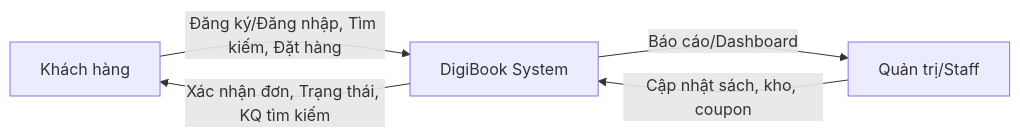
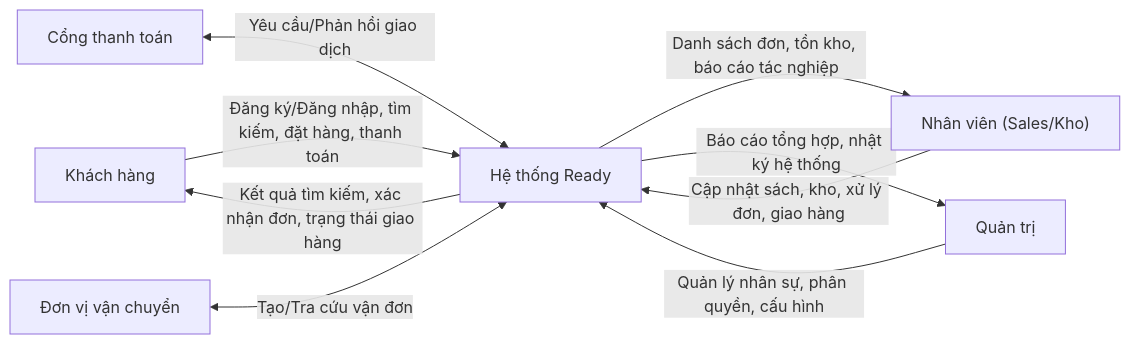
One commit to TienxDun/Oracle_DigiBook changed the third of 4 diagrams in CHUONG_3_Phan_tich_he_thong.md. Above: the diagram before and after it, drawn with Mermaid. The commit also changed other lines of this file and 3 other files, not shown here.

````diff
--- a/CHUONG_3_Phan_tich_he_thong.md
+++ b/CHUONG_3_Phan_tich_he_thong.md
@@ -168,8 +165,14 @@
 ```mermaid
 flowchart LR
-  KH["Khách hàng"] -->|"Đăng ký/Đăng nhập, Tìm kiếm, Đặt hàng"| SYS["DigiBook System"]
-  SYS -->|"Xác nhận đơn, Trạng thái, KQ tìm kiếm"| KH
+  KH["Khách hàng"] -->|"Đăng ký/Đăng nhập, tìm kiếm, đặt hàng, thanh toán"| SYS["Hệ thống Ready"]
+  SYS -->|"Kết quả tìm kiếm, xác nhận đơn, trạng thái giao hàng"| KH
 
-  ADM["Quản trị/Staff"] -->|"Cập nhật sách, kho, coupon"| SYS
-  SYS -->|"Báo cáo/Dashboard"| ADM
+  NV["Nhân viên (Sales/Kho)"] -->|"Cập nhật sách, kho, xử lý đơn, giao hàng"| SYS
+  SYS -->|"Danh sách đơn, tồn kho, báo cáo tác nghiệp"| NV
+
+  QL["Quản trị"] -->|"Quản lý nhân sự, phân quyền, cấu hình"| SYS
+  SYS -->|"Báo cáo tổng hợp, nhật ký hệ thống"| QL
+
+  PAY["Cổng thanh toán"] <-->|"Yêu cầu/Phản hồi giao dịch"| SYS
+  SHIP["Đơn vị vận chuyển"] <-->|"Tạo/Tra cứu vận đơn"| SYS
 ```
````
